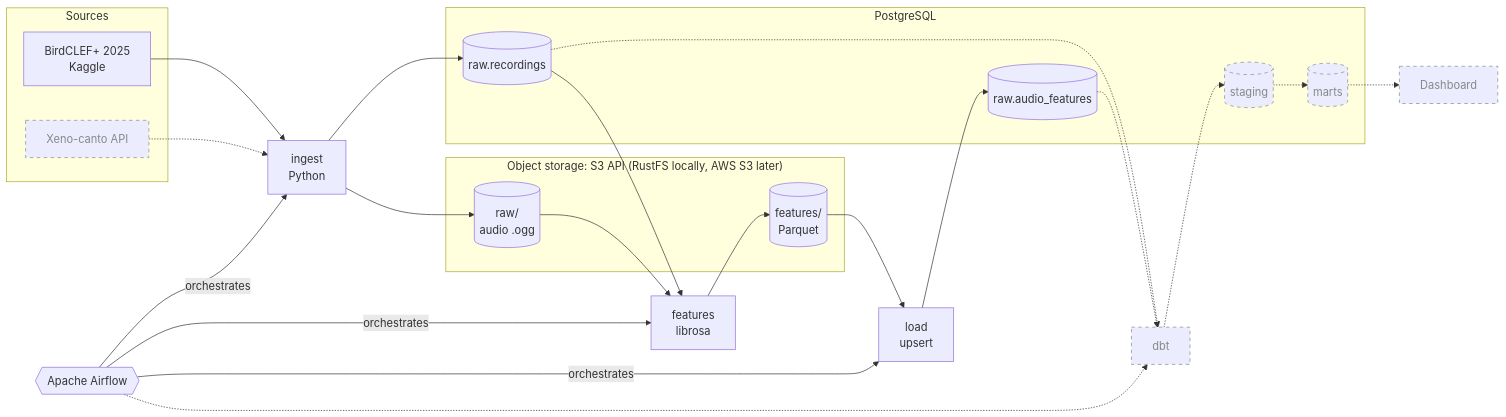
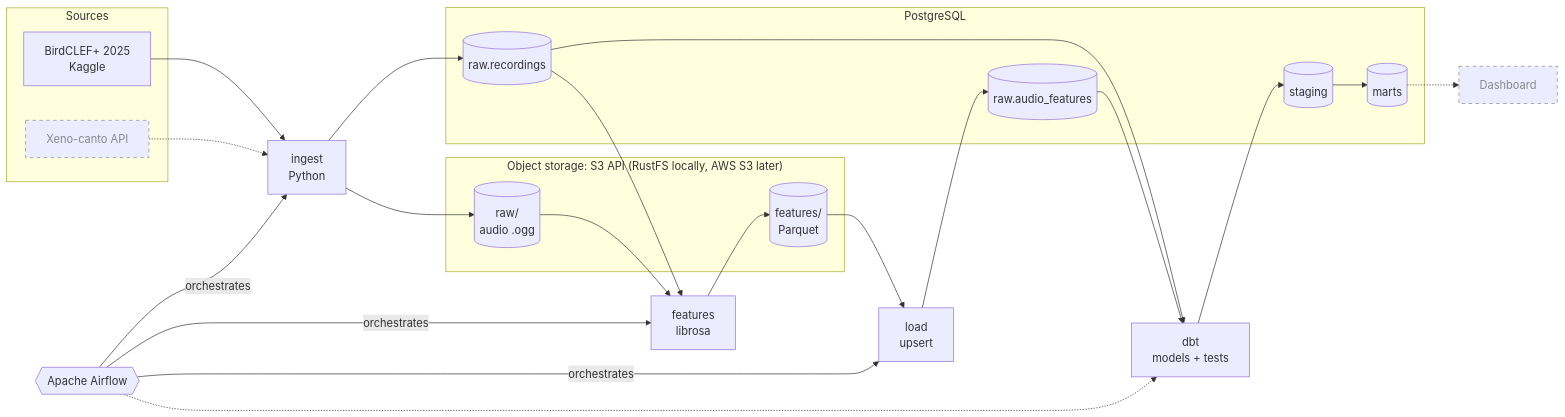
Before and after one commit to Dres3223/soundscape-data-pipeline: the diagram in README.md, drawn with Mermaid. The commit also changed other lines of this file and 10 other files, not shown here.

First line of the commit message:
test(dbt): add data tests and documentation

````diff
--- a/README.md
+++ b/README.md
@@ -9,40 +9,40 @@
 ```mermaid
 flowchart LR
     subgraph sources["Sources"]
         kaggle["BirdCLEF+ 2025<br/>Kaggle"]
         xenocanto["Xeno-canto API"]:::planned
     end
 
     subgraph s3["Object storage: S3 API (RustFS locally, AWS S3 later)"]
         raw[("raw/<br/>audio .ogg")]
         parquet[("features/<br/>Parquet")]
     end
 
     subgraph pg["PostgreSQL"]
         recordings[("raw.recordings")]
         audiofeatures[("raw.audio_features")]
-        staging[("staging")]:::planned
-        marts[("marts")]:::planned
+        staging[("staging")]
+        marts[("marts")]
     end
 
     ingest["ingest<br/>Python"]
     features["features<br/>librosa"]
     load["load<br/>upsert"]
-    dbt["dbt"]:::planned
+    dbt["dbt<br/>models + tests"]
     dashboard["Dashboard"]:::planned
     airflow{{"Apache Airflow"}}
 
     kaggle --> ingest
     xenocanto -.-> ingest
     ingest --> raw
     ingest --> recordings
     raw --> features --> parquet
     recordings --> features
     parquet --> load --> audiofeatures
-    recordings & audiofeatures -.-> dbt
-    dbt -.-> staging -.-> marts -.-> dashboard
+    recordings & audiofeatures --> dbt
+    dbt --> staging --> marts -.-> dashboard
     airflow -- orchestrates --> ingest & features & load
     airflow -.-> dbt
 
     classDef planned stroke-dasharray: 5 5, color:#888, stroke:#888
 ```
````
